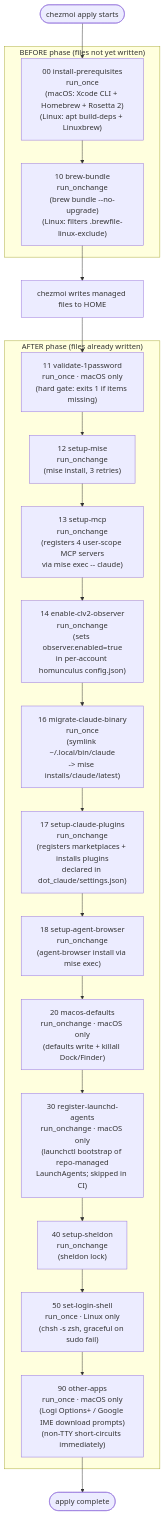
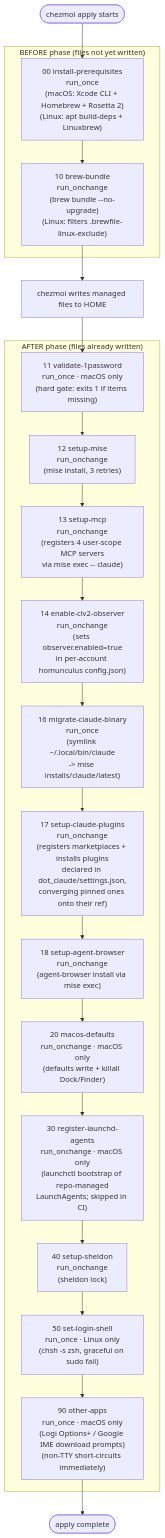
Before and after one commit to kryota-dev/dotfiles: the diagram in docs/architecture/lifecycle-scripts.md, drawn with Mermaid. The commit also changed 5 other files, not shown here.

````diff
--- a/docs/architecture/lifecycle-scripts.md
+++ b/docs/architecture/lifecycle-scripts.md
@@ -22,30 +22,30 @@
 ```mermaid
 flowchart TD
     A([chezmoi apply starts]) --> B
 
     subgraph BEFORE ["BEFORE phase (files not yet written)"]
         B["00 install-prerequisites\nrun_once\n(macOS: Xcode CLI + Homebrew + Rosetta 2)\n(Linux: apt build-deps + Linuxbrew)"]
         B --> C["10 brew-bundle\nrun_onchange\n(brew bundle --no-upgrade)\n(Linux: filters .brewfile-linux-exclude)"]
     end
 
     C --> FILES[chezmoi writes managed files to HOME]
 
     FILES --> D
 
     subgraph AFTER ["AFTER phase (files already written)"]
         D["11 validate-1password\nrun_once · macOS only\n(hard gate: exits 1 if items missing)"]
         D --> E["12 setup-mise\nrun_onchange\n(mise install, 3 retries)"]
         E --> F["13 setup-mcp\nrun_onchange\n(registers 4 user-scope MCP servers\nvia mise exec -- claude)"]
         F --> G["14 enable-clv2-observer\nrun_onchange\n(sets observer.enabled=true\nin per-account homunculus config.json)"]
         G --> H["16 migrate-claude-binary\nrun_once\n(symlink ~/.local/bin/claude\n-> mise installs/claude/latest)"]
-        H --> H2["17 setup-claude-plugins\nrun_onchange\n(registers marketplaces + installs plugins\ndeclared in dot_claude/settings.json)"]
+        H --> H2["17 setup-claude-plugins\nrun_onchange\n(registers marketplaces + installs plugins\ndeclared in dot_claude/settings.json,\nconverging pinned ones onto their ref)"]
         H2 --> I["18 setup-agent-browser\nrun_onchange\n(agent-browser install via mise exec)"]
         I --> J["20 macos-defaults\nrun_onchange · macOS only\n(defaults write + killall Dock/Finder)"]
         J --> J2["30 register-launchd-agents\nrun_onchange · macOS only\n(launchctl bootstrap of repo-managed\nLaunchAgents; skipped in CI)"]
         J2 --> K["40 setup-sheldon\nrun_onchange\n(sheldon lock)"]
         K --> L["50 set-login-shell\nrun_once · Linux only\n(chsh -s zsh, graceful on sudo fail)"]
         L --> M["90 other-apps\nrun_once · macOS only\n(Logi Options+ / Google IME download prompts)\n(non-TTY short-circuits immediately)"]
     end
 
     M --> N([apply complete])
 ```
````
